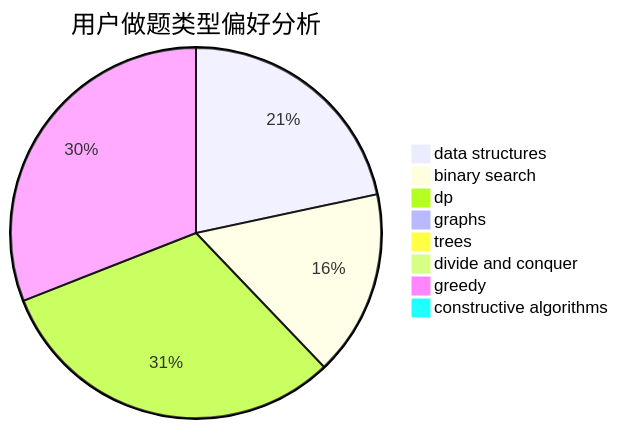
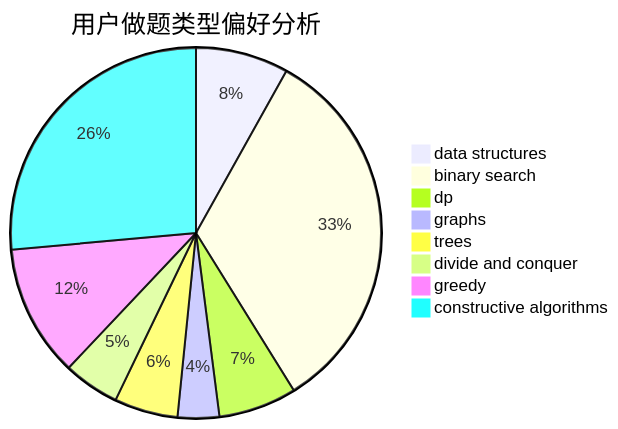
Before and after one commit to sherpahu/cfrs.github.io: the second of 3 diagrams in docs/user/u2517.md, drawn with Mermaid. The commit also changed other lines of this file and 2770 other files, not shown here.

````diff
--- a/docs/user/u2517.md
+++ b/docs/user/u2517.md
@@ -23,11 +23,11 @@
 ```mermaid
 pie title 用户做题类型偏好分析
-    "data structures" :  370
-    "binary search" :  277
-    "dp" :  533
-    "graphs" :  12
-    "trees" :  3
-    "divide and conquer" :  0
-    "greedy" :  529
-    "constructive algorithms" :  13
+    "data structures" :  38
+    "binary search" :  155
+    "dp" :  32
+    "graphs" :  17
+    "trees" :  26
+    "divide and conquer" :  23
+    "greedy" :  54
+    "constructive algorithms" :  124
 ```
````
